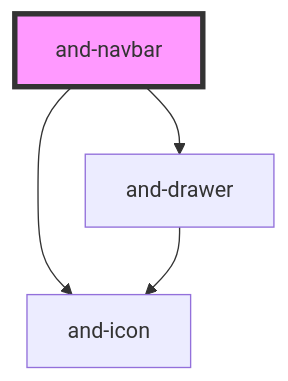
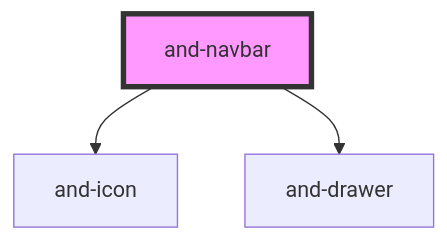
Before and after one commit to Andersseen/and-web-components: the diagram in packages/stencil-library/src/components/and-navbar/readme.md, drawn with Mermaid. The commit also changed 11 other files, not shown here.

````diff
--- a/packages/stencil-library/src/components/and-navbar/readme.md
+++ b/packages/stencil-library/src/components/and-navbar/readme.md
@@ -38,7 +38,6 @@
 ```mermaid
 graph TD;
   and-navbar --> and-icon
   and-navbar --> and-drawer
-  and-drawer --> and-icon
   style and-navbar fill:#f9f,stroke:#333,stroke-width:4px
 ```
````
